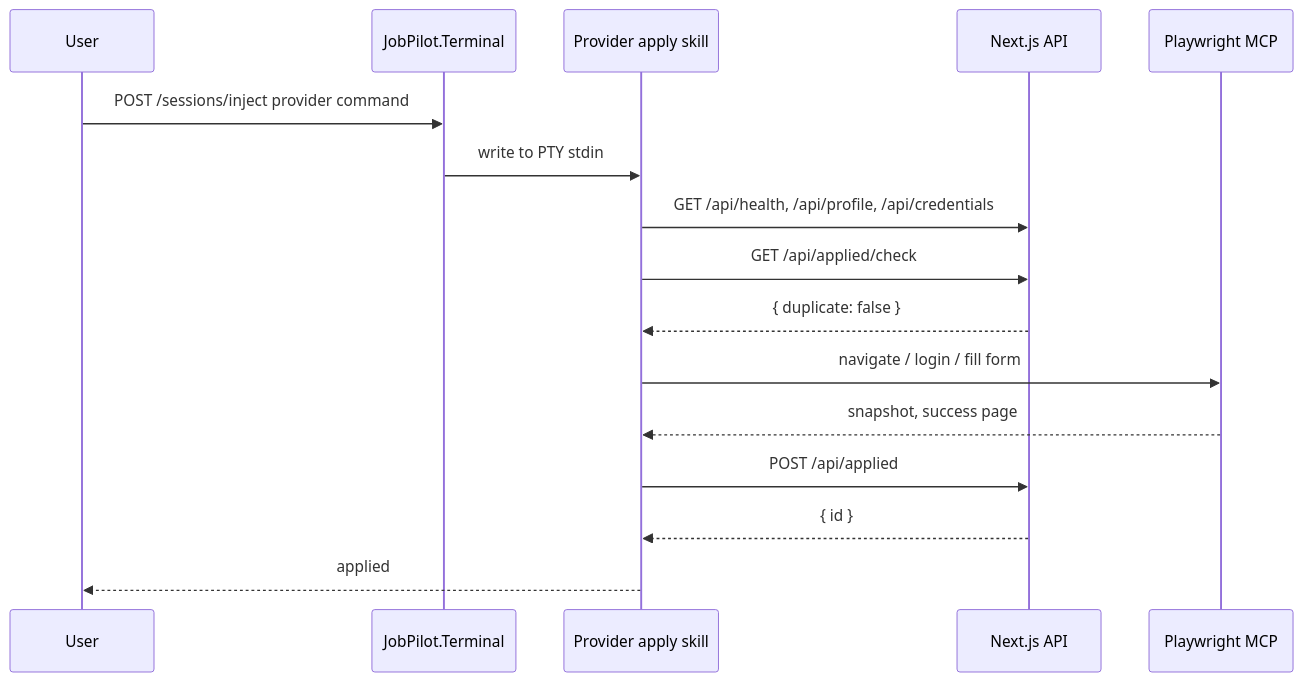
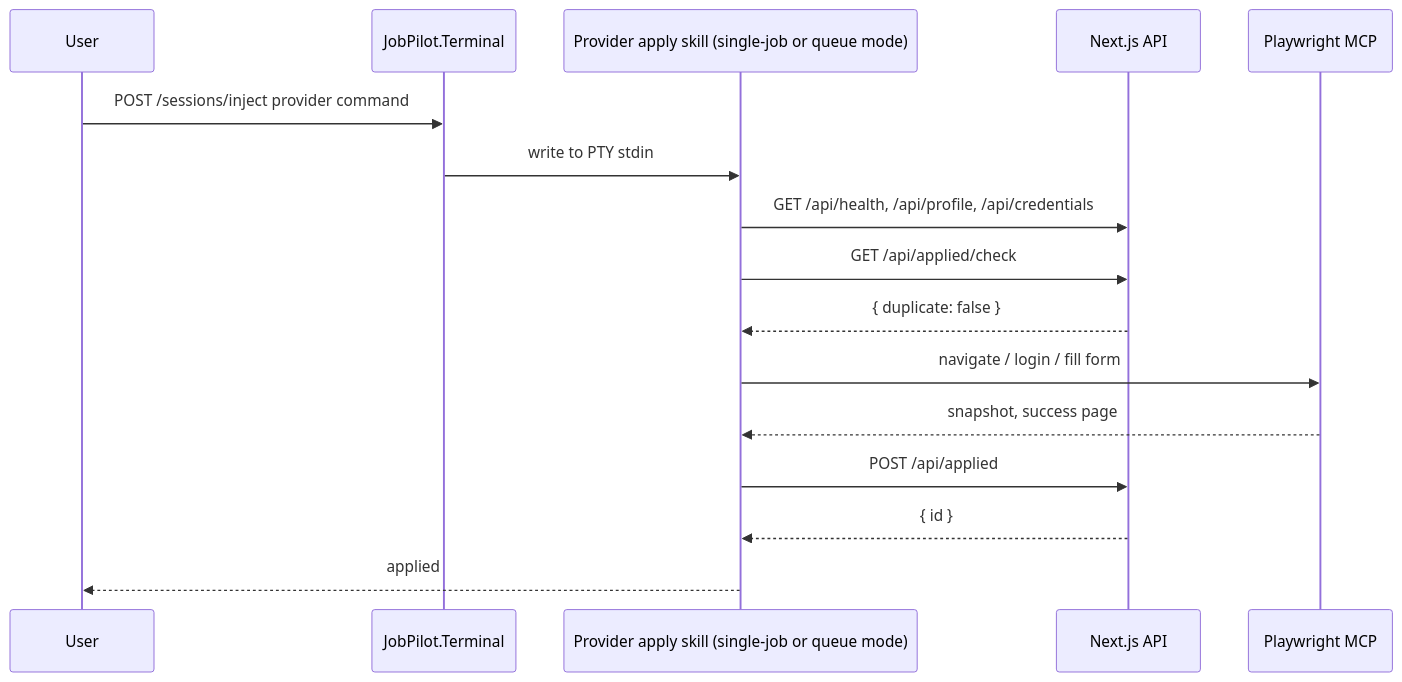
Before and after one commit to davidscotttufts/jobpilot: the diagram in docs/architecture.md, drawn with Mermaid. The commit also changed other lines of this file and 57 other files, not shown here.

First line of the commit message:
refactor: consolidate apply skill and rename batch queue to queue

````diff
--- a/docs/architecture.md
+++ b/docs/architecture.md
@@ -82,19 +82,19 @@
 ```mermaid
 sequenceDiagram
     participant U as User
     participant T as JobPilot.Terminal
-    participant S as Provider apply skill
+    participant S as Provider apply skill (single-job or queue mode)
     participant API as Next.js API
     participant B as Playwright MCP
 
     U->>T: POST /sessions/inject provider command
     T->>S: write to PTY stdin
     S->>API: GET /api/health, /api/profile, /api/credentials
     S->>API: GET /api/applied/check
     API-->>S: { duplicate: false }
     S->>B: navigate / login / fill form
     B-->>S: snapshot, success page
     S->>API: POST /api/applied
     API-->>S: { id }
     S-->>U: applied
 ```
````
